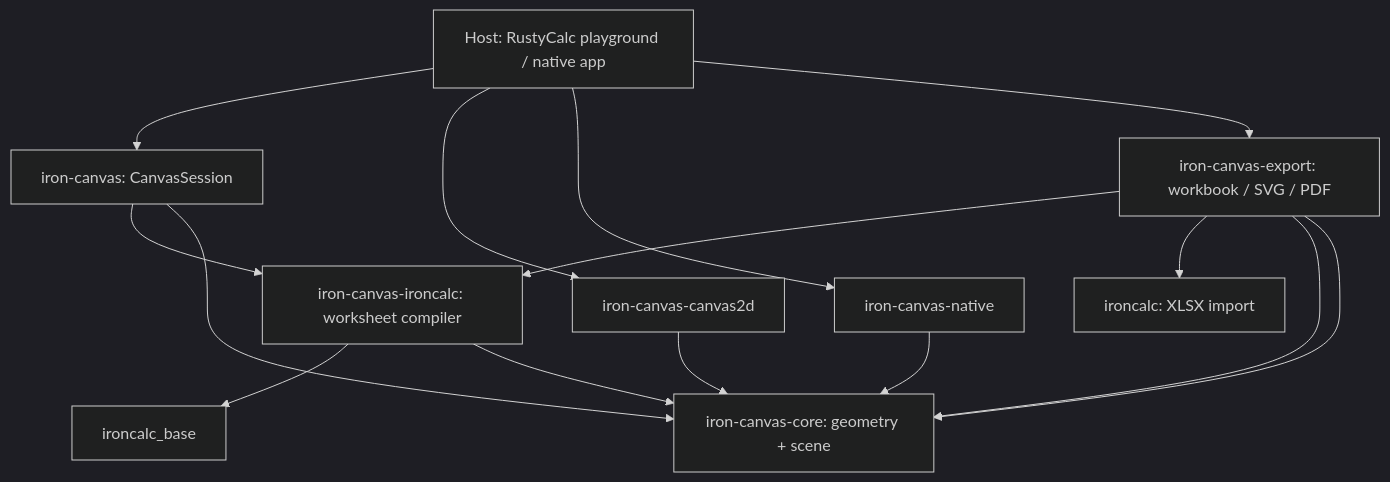
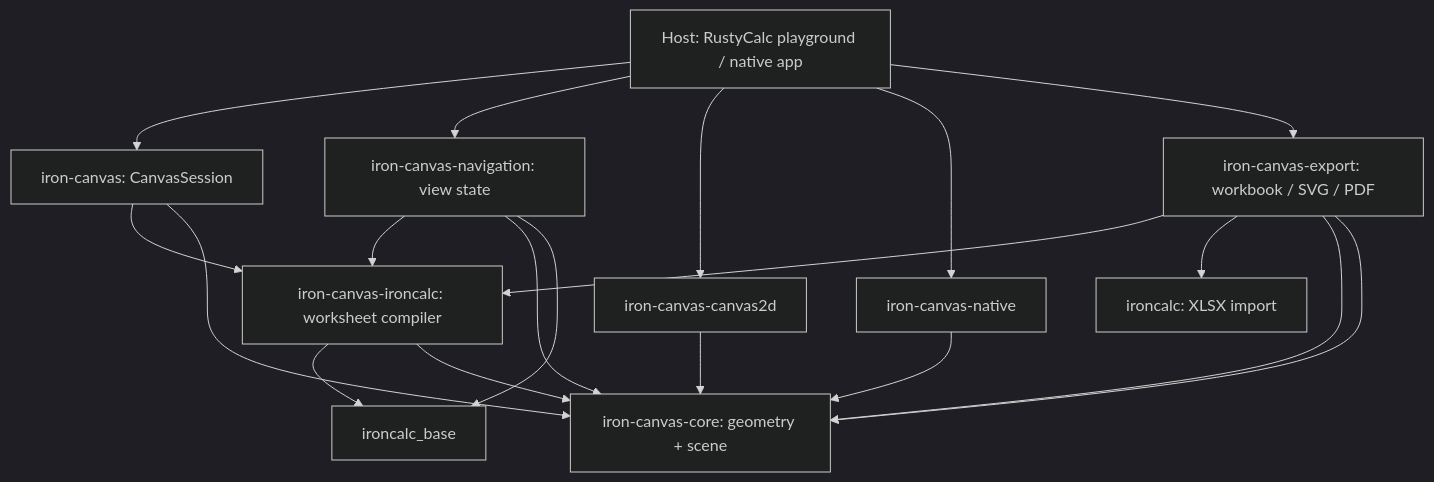
One commit to CoalUnicorn/iron-canvas changed the diagram in ARCHITECTURE.md. Above: the diagram before and after it, drawn with Mermaid (dark theme). The commit also changed other lines of this file, not shown here.

````diff
--- a/ARCHITECTURE.md
+++ b/ARCHITECTURE.md
@@ -32,17 +37,21 @@
 ```mermaid
 flowchart TD
     Host["Host: RustyCalc playground / native app"] --> API["iron-canvas: CanvasSession"]
+    Host --> Nav["iron-canvas-navigation: view state"]
     API --> IC["iron-canvas-ironcalc: worksheet compiler"]
     API --> Core["iron-canvas-core: geometry + scene"]
-    IC --> Engine["ironcalc_base"]
+    Nav --> IC
+    Nav --> Core
+    Nav --> Engine["ironcalc_base"]
+    IC --> Engine
     IC --> Core
     Export["iron-canvas-export: workbook / SVG / PDF"] --> IC
     Export --> Import["ironcalc: XLSX import"]
     Export --> Core
     Host --> C2D["iron-canvas-canvas2d"]
     Host --> Native["iron-canvas-native"]
     Host --> Export
     C2D --> Core
     Native --> Core
     Export --> Core
 ```
````
